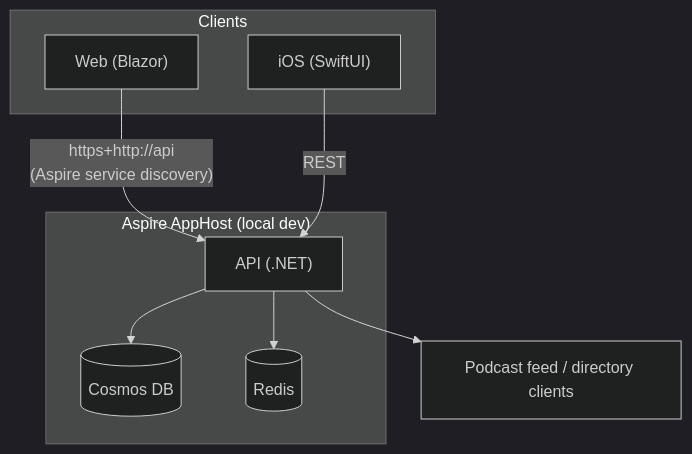
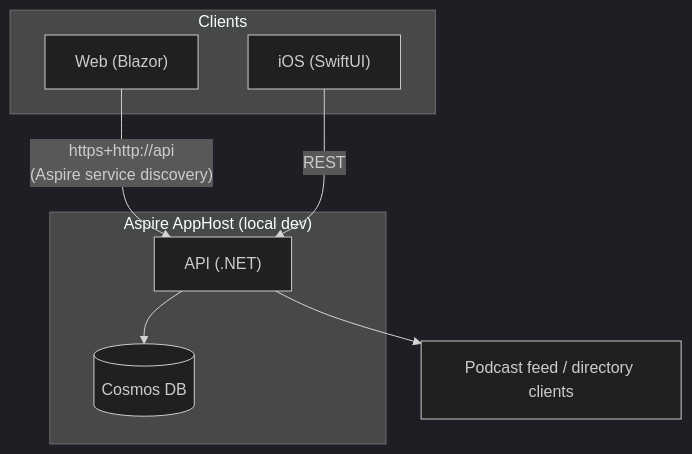
Before and after one commit to two4suited/kuulla: the first of 3 diagrams in README.md, drawn with Mermaid (dark theme). The commit also changed 28 other files, not shown here.

````diff
--- a/README.md
+++ b/README.md
@@ -28,20 +28,18 @@
 ```mermaid
 graph TD
     subgraph Clients
         Web["Web (Blazor)"]
         iOS["iOS (SwiftUI)"]
     end
 
     Web -->|"https+http://api\n(Aspire service discovery)"| API
     iOS -->|REST| API["API (.NET)"]
 
     API --> Cosmos[("Cosmos DB")]
-    API --> Redis[("Redis")]
     API --> Feeds["Podcast feed / directory clients"]
 
     subgraph Aspire["Aspire AppHost (local dev)"]
         API
         Cosmos
-        Redis
     end
 ```
````
